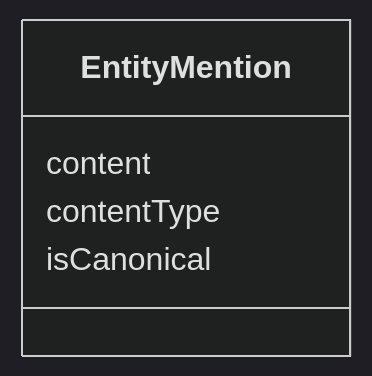
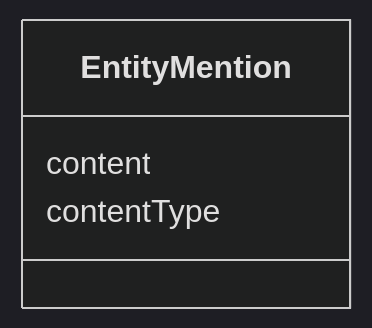
The diagram in docs/schema/EntityMention.md (OP-TED/entity-resolution-spec), drawn with Mermaid (dark theme) before and after one commit. The commit also changed other lines of this file and 20 other files, not shown here.

````diff
--- a/docs/schema/EntityMention.md
+++ b/docs/schema/EntityMention.md
@@ -22,12 +22,10 @@
 ```mermaid
  classDiagram
     class EntityMention
     click EntityMention href "../EntityMention/"
       EntityMention : content
         
       EntityMention : contentType
         
-      EntityMention : isCanonical
-        
       
 ```
````
